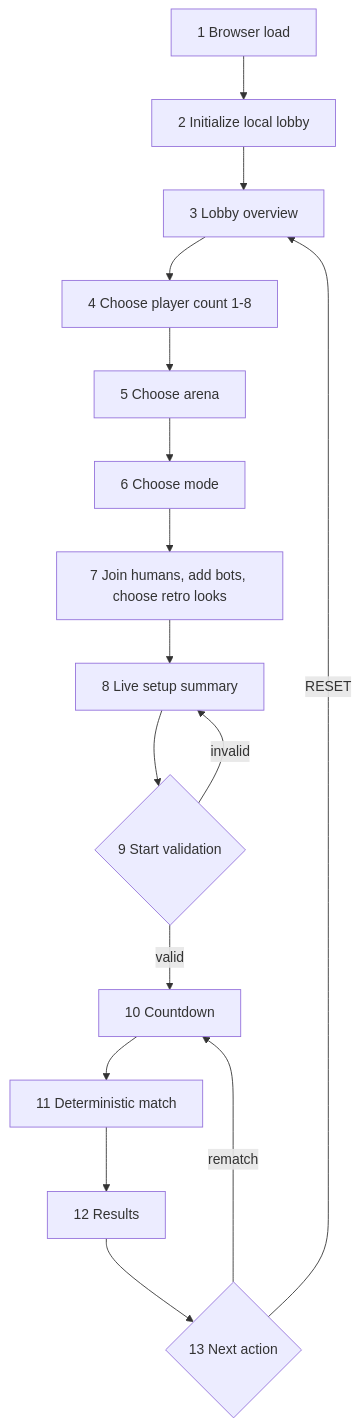
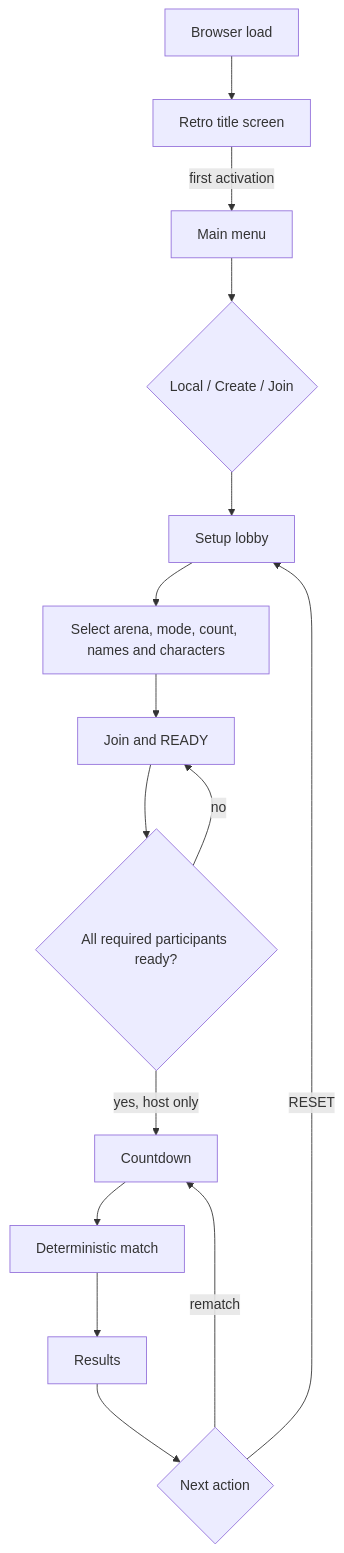
The diagram in docs/LOBBY_FLOW.md (Trumppo/TurenkiFight), drawn with Mermaid before and after one commit. The commit also changed other lines of this file and 5 other files, not shown here.

Commit message:
DESIGNER: specify Gate G onboarding flow

````diff
--- a/docs/LOBBY_FLOW.md
+++ b/docs/LOBBY_FLOW.md
@@ -41,18 +53,17 @@
 ```mermaid
 flowchart TD
-    A[1 Browser load] --> B[2 Initialize local lobby]
-    B --> C[3 Lobby overview]
-    C --> D[4 Choose player count 1-8]
-    D --> E[5 Choose arena]
-    E --> F[6 Choose mode]
-    F --> G[7 Join humans, add bots, choose retro looks]
-    G --> H[8 Live setup summary]
-    H --> I{9 Start validation}
-    I -- invalid --> H
-    I -- valid --> J[10 Countdown]
-    J --> K[11 Deterministic match]
-    K --> L[12 Results]
-    L --> M{13 Next action}
-    M -- rematch --> J
-    M -- RESET --> C
+    A[Browser load] --> B[Retro title screen]
+    B -- first activation --> C[Main menu]
+    C --> D{Local / Create / Join}
+    D --> E[Setup lobby]
+    E --> F[Select arena, mode, count, names and characters]
+    F --> G[Join and READY]
+    G --> H{All required participants ready?}
+    H -- no --> G
+    H -- yes, host only --> I[Countdown]
+    I --> J[Deterministic match]
+    J --> K[Results]
+    K --> L{Next action}
+    L -- rematch --> I
+    L -- RESET --> E
 ```
````
